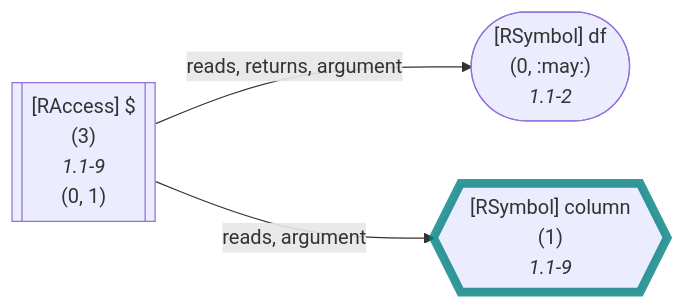
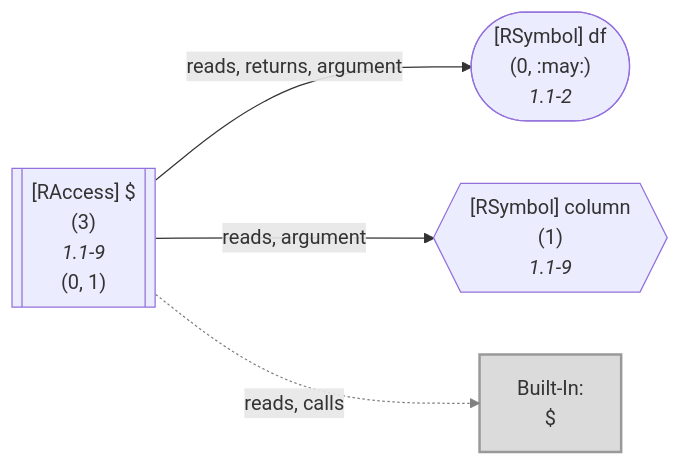
Before and after one commit to flowr-analysis/flowr: the fifth of 51 diagrams in wiki/Dataflow Graph.md, drawn with Mermaid. The commit also changed other lines of this file and 339 other files, not shown here.

````diff
--- a/wiki/Dataflow Graph.md
+++ b/wiki/Dataflow Graph.md
@@ -491,16 +521,20 @@
 ```mermaid
 flowchart LR
     0(["`#91;RSymbol#93; df
       (0, :may:)
       *1.1-2*`"])
     1{{"`#91;RSymbol#93; column
       (1)
       *1.1-9*`"}}
-    style 1 stroke:teal,stroke-width:7px,stroke-opacity:.8; 
     3[["`#91;RAccess#93; $
       (3)
       *1.1-9*
     (0, 1)`"]]
+    built-in:_["`Built-In:
+$`"]
+    style built-in:_ stroke:gray,fill:lightgray,stroke-width:2px,opacity:.8;
     3 -->|"reads, returns, argument"| 0
     3 -->|"reads, argument"| 1
+    3 -.->|"reads, calls"| built-in:_
+    linkStyle 2 stroke:gray;
 ```
````
